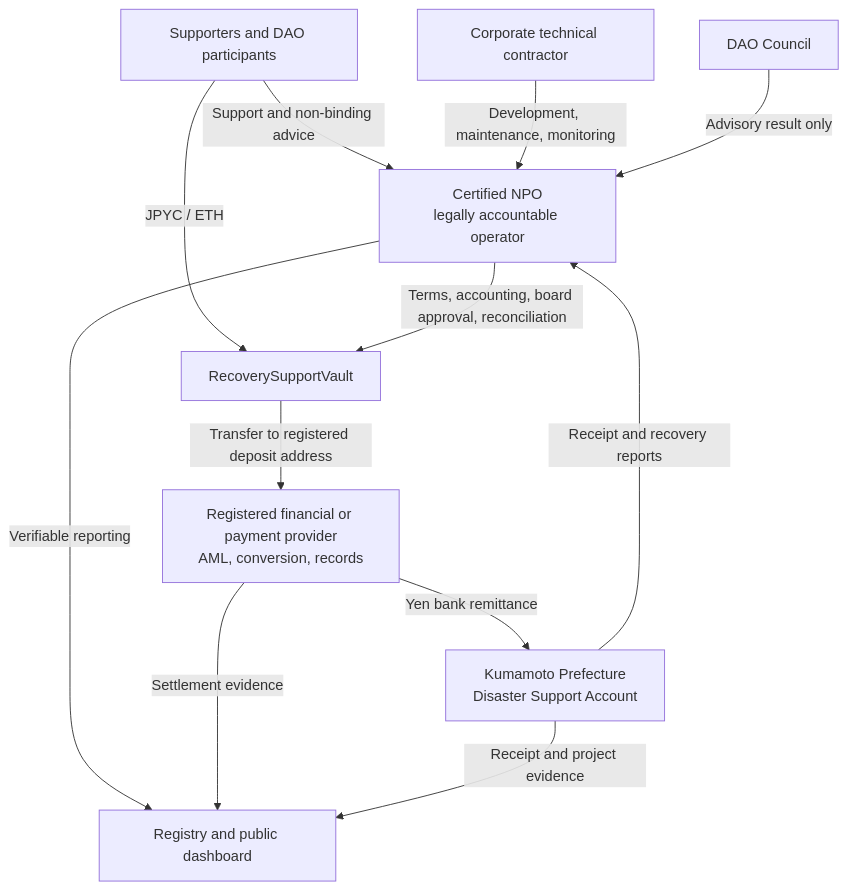
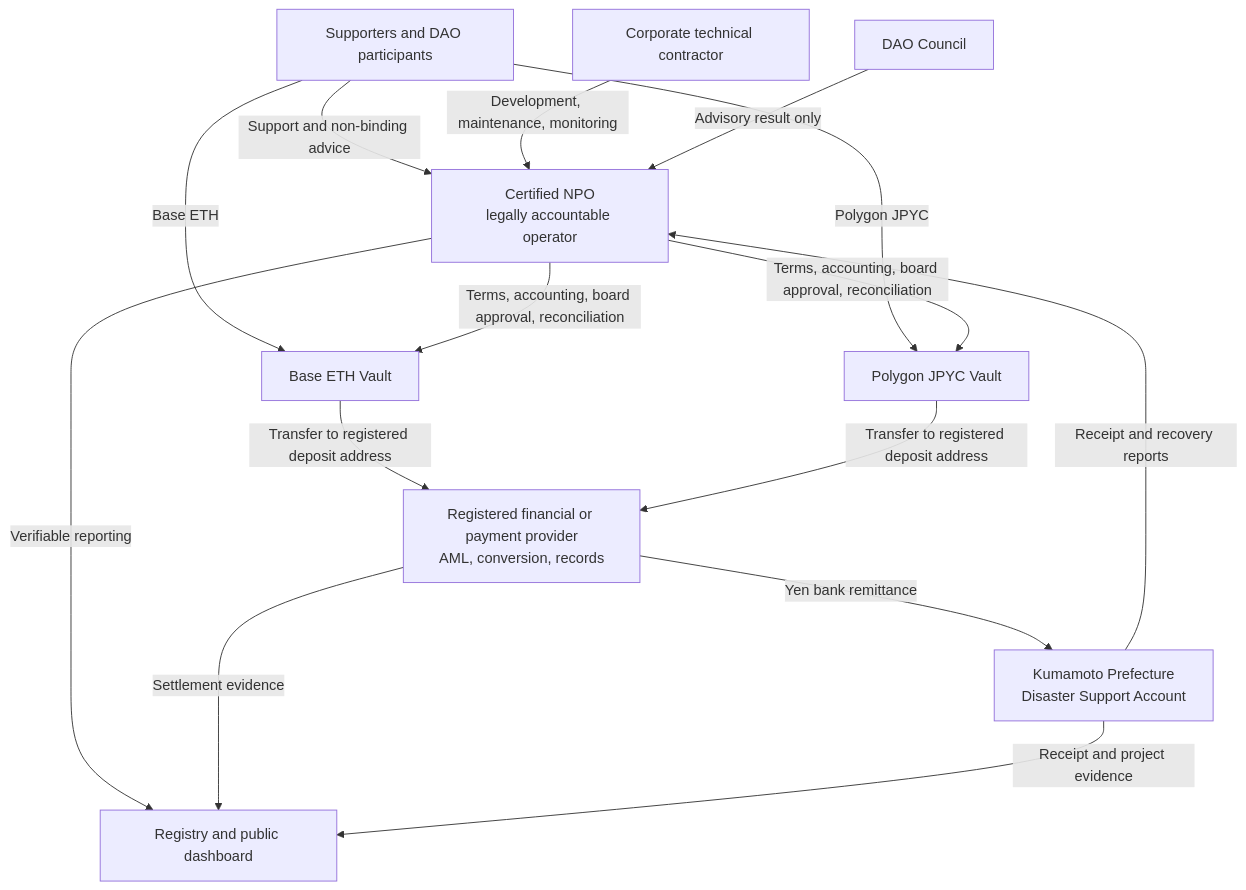
Before and after one commit to ShigeichiroYamasaki/yui-no-kaki-kumamoto: the second of 5 diagrams in docs/en/architecture.md, drawn with Mermaid. The commit also changed other lines of this file and 38 other files, not shown here.

Commit message:
Implement Base ETH and Polygon JPYC production split

````diff
--- a/docs/en/architecture.md
+++ b/docs/en/architecture.md
@@ -26,14 +33,17 @@
 ```mermaid
 flowchart TB
   D["Supporters and DAO participants"] -->|"Support and non-binding advice"| N["Certified NPO<br/>legally accountable operator"]
-  D -->|"JPYC / ETH"| V["RecoverySupportVault"]
-  N -->|"Terms, accounting, board approval, reconciliation"| V
-  V -->|"Transfer to registered deposit address"| F["Registered financial or payment provider<br/>AML, conversion, records"]
+  D -->|"Base ETH"| BV["Base ETH Vault"]
+  D -->|"Polygon JPYC"| PV["Polygon JPYC Vault"]
+  N -->|"Terms, accounting, board approval, reconciliation"| BV
+  N -->|"Terms, accounting, board approval, reconciliation"| PV
+  BV -->|"Transfer to registered deposit address"| F["Registered financial or payment provider<br/>AML, conversion, records"]
+  PV -->|"Transfer to registered deposit address"| F
   F -->|"Yen bank remittance"| P["Kumamoto Prefecture<br/>Disaster Support Account"]
   P -->|"Receipt and recovery reports"| N
   K["Corporate technical contractor"] -->|"Development, maintenance, monitoring"| N
   C["DAO Council"] -->|"Advisory result only"| N
   N -->|"Verifiable reporting"| R["Registry and public dashboard"]
   F -->|"Settlement evidence"| R
   P -->|"Receipt and project evidence"| R
 ```
````
